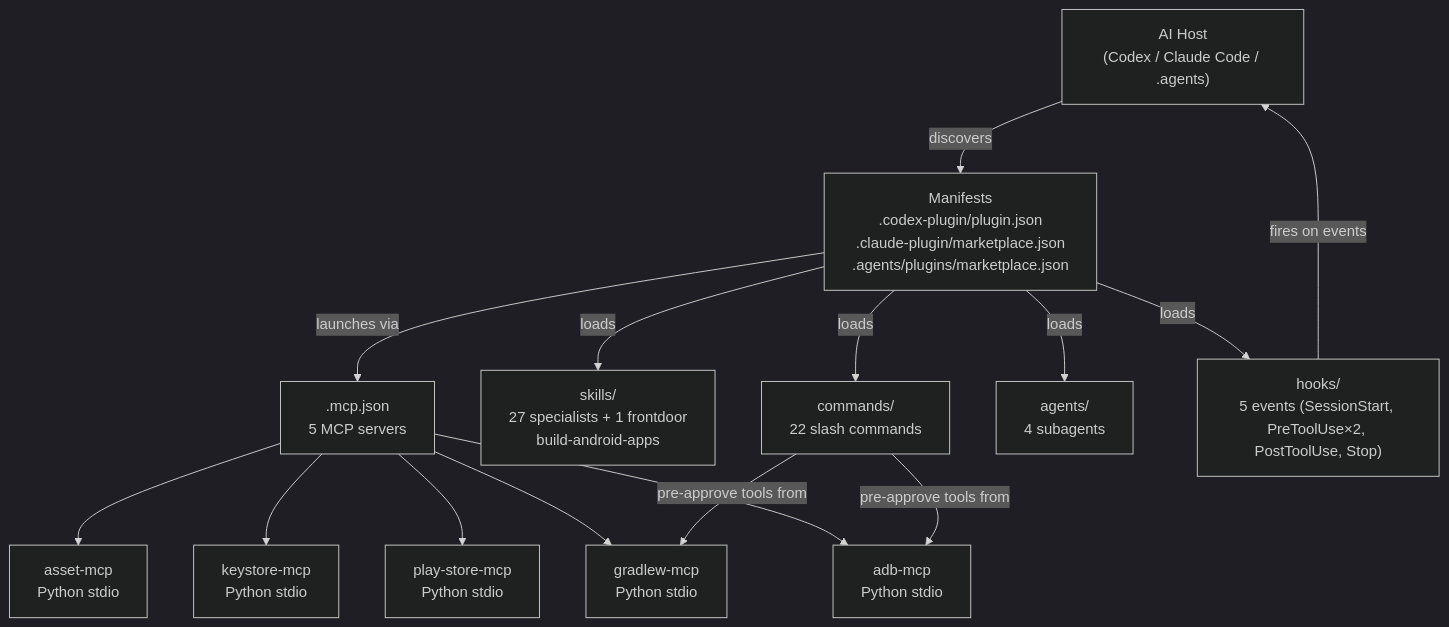
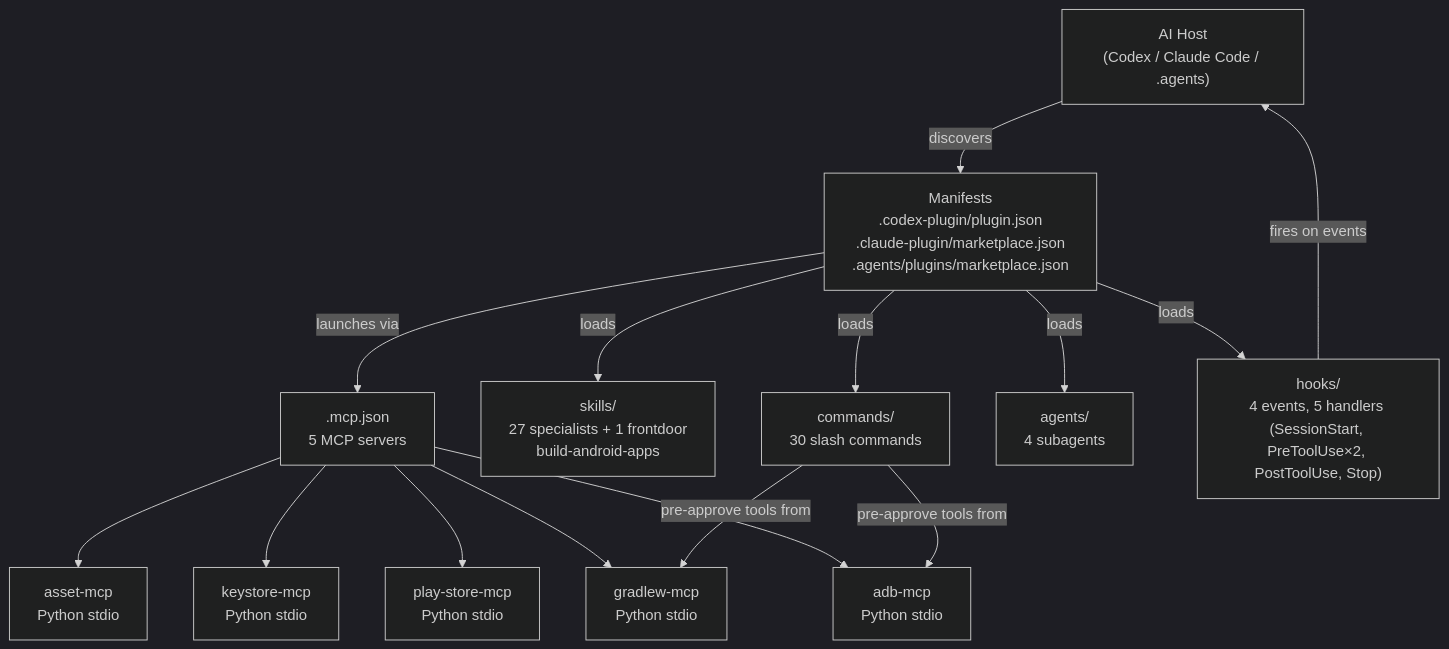
One commit to mitunmanav/build-android-apps changed the diagram in docs/ARCHITECTURE.md. Above: the diagram before and after it, drawn with Mermaid (dark theme). The commit also changed other lines of this file and 23 other files, not shown here.

````diff
--- a/docs/ARCHITECTURE.md
+++ b/docs/ARCHITECTURE.md
@@ -3,30 +3,30 @@
 ```mermaid
 graph TB
     Host["AI Host<br/>(Codex / Claude Code / .agents)"]
     Manifests["Manifests<br/>.codex-plugin/plugin.json<br/>.claude-plugin/marketplace.json<br/>.agents/plugins/marketplace.json"]
     MCP[".mcp.json<br/>5 MCP servers"]
     Skills["skills/<br/>27 specialists + 1 frontdoor<br/>build-android-apps"]
-    Cmds["commands/<br/>22 slash commands"]
+    Cmds["commands/<br/>30 slash commands"]
     Agents["agents/<br/>4 subagents"]
-    Hooks["hooks/<br/>5 events (SessionStart, PreToolUse×2, PostToolUse, Stop)"]
+    Hooks["hooks/<br/>4 events, 5 handlers (SessionStart, PreToolUse×2, PostToolUse, Stop)"]
     adb_mcp["adb-mcp<br/>Python stdio"]
     gradlew_mcp["gradlew-mcp<br/>Python stdio"]
     play_store_mcp["play-store-mcp<br/>Python stdio"]
     keystore_mcp["keystore-mcp<br/>Python stdio"]
     asset_mcp["asset-mcp<br/>Python stdio"]
 
     Host -->|discovers| Manifests
     Manifests -->|loads| Skills
     Manifests -->|loads| Cmds
     Manifests -->|loads| Agents
     Manifests -->|loads| Hooks
     Manifests -->|launches via| MCP
     MCP --> adb_mcp
     MCP --> gradlew_mcp
     MCP --> play_store_mcp
     MCP --> keystore_mcp
     MCP --> asset_mcp
     Cmds -->|pre-approve tools from| adb_mcp
     Cmds -->|pre-approve tools from| gradlew_mcp
     Hooks -->|fires on events| Host
 ```
````
